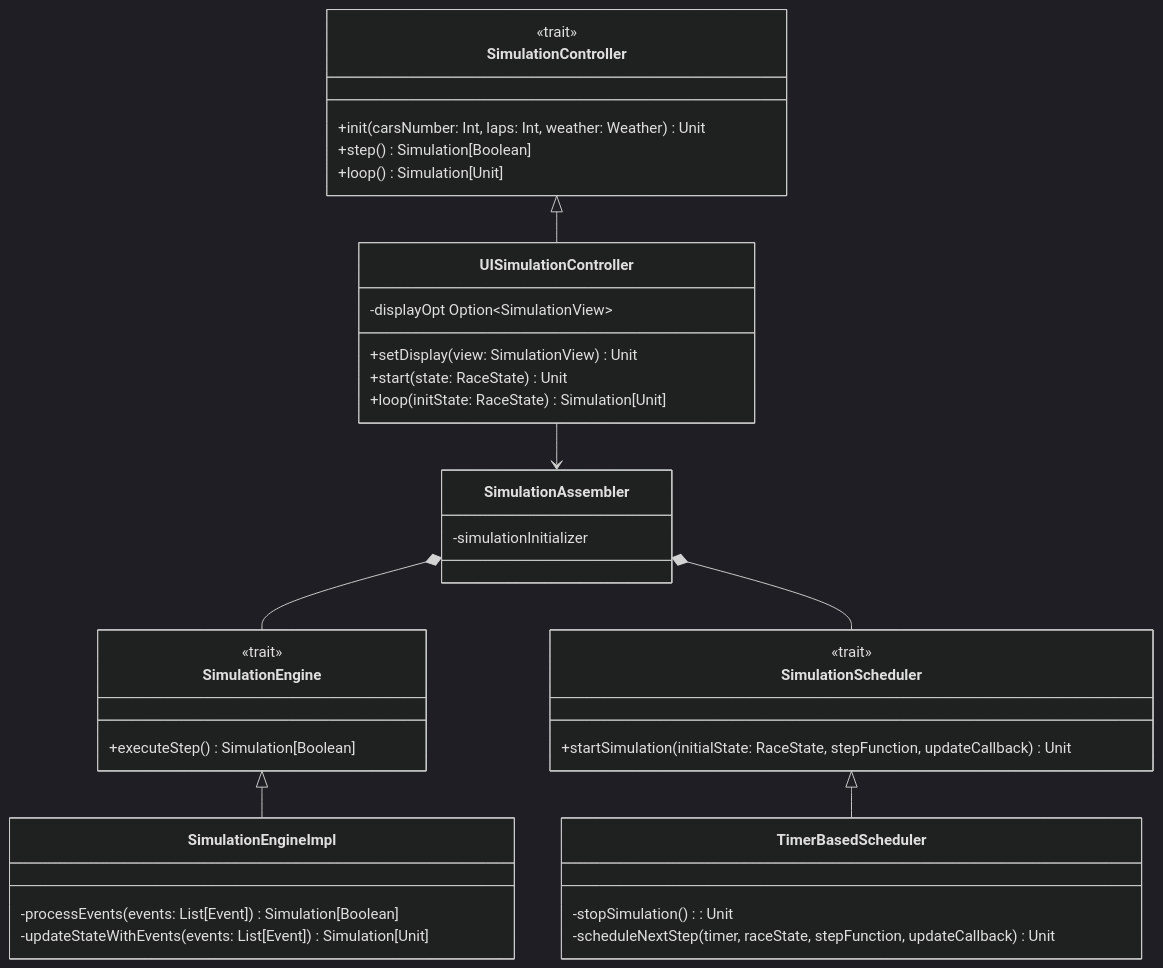
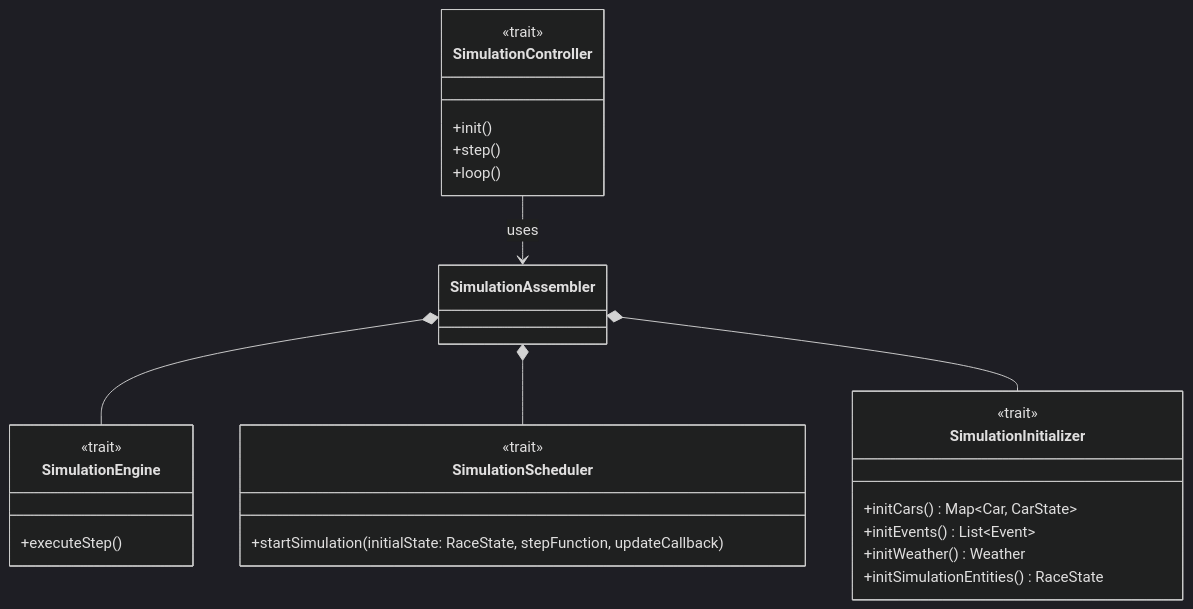
One commit to ItsTiz/PPS-24-sgp changed the diagram in docs/report/4_detailed_design/controller/controller.md. Above: the diagram before and after it, drawn with Mermaid (dark theme). The commit also changed other lines of this file and 4 other files, not shown here.

````diff
--- a/docs/report/4_detailed_design/controller/controller.md
+++ b/docs/report/4_detailed_design/controller/controller.md
@@ -11,48 +11,36 @@
 ```mermaid
 classDiagram
     class SimulationController {
         <<trait>>
-        +init(carsNumber: Int, laps: Int, weather: Weather) Unit
-        +step() Simulation[Boolean]
-        +loop() Simulation[Unit]
-    }
-
-    class UISimulationController {
-        -displayOpt Option~SimulationView~
-        +setDisplay(view: SimulationView) Unit
-        +start(state: RaceState) Unit
-        +loop(initState: RaceState) Simulation[Unit]
+        +init()
+        +step()
+        +loop()
     }
 
     class SimulationScheduler {
         <<trait>>
-        +startSimulation(initialState: RaceState, stepFunction, updateCallback) Unit
-    }
-
-    class TimerBasedScheduler {
-        -stopSimulation(): Unit
-        -scheduleNextStep(timer, raceState, stepFunction, updateCallback) Unit
+        +startSimulation(initialState: RaceState, stepFunction, updateCallback)
     }
 
     class SimulationEngine {
         <<trait>>
-        +executeStep() Simulation[Boolean]
-    }
-
-    class SimulationEngineImpl {
-        -processEvents(events: List[Event]) Simulation[Boolean]
-        -updateStateWithEvents(events: List[Event]) Simulation[Unit]
+        +executeStep()
     }
 
     class SimulationAssembler {
-        -simulationInitializer
     }
 
-    SimulationController <|-- UISimulationController
-    UISimulationController --> SimulationAssembler
-    SimulationScheduler <|-- TimerBasedScheduler
-    SimulationEngine <|-- SimulationEngineImpl
+    class SimulationInitializer {
+        <<trait>>
+        +initCars() Map~Car, CarState~
+        +initEvents() List~Event~
+        +initWeather() Weather
+        +initSimulationEntities() RaceState
+    }
+
+    SimulationController --> SimulationAssembler: uses
     SimulationAssembler *-- SimulationEngine
     SimulationAssembler *-- SimulationScheduler
+    SimulationAssembler *-- SimulationInitializer
 
 ```
````
